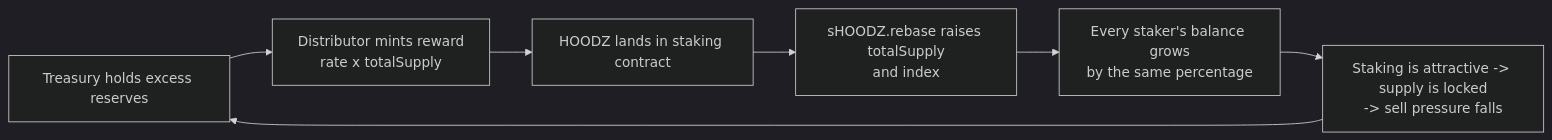
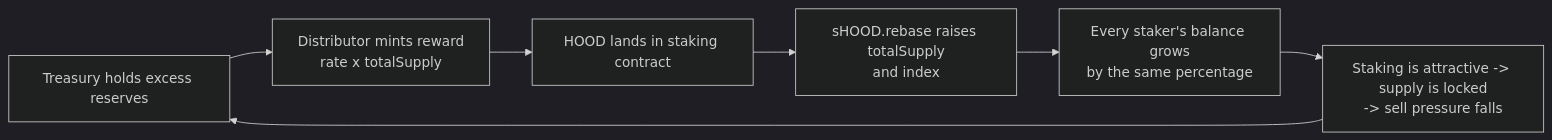
The fourth of 10 diagrams in docs/PROTOCOL.md (averageballer13/Hoodz), drawn with Mermaid (dark theme) before and after one commit. The commit also changed other lines of this file and 109 other files, not shown here.

````diff
--- a/docs/PROTOCOL.md
+++ b/docs/PROTOCOL.md
@@ -327,9 +327,9 @@
 ```mermaid
 flowchart LR
     A["Treasury holds excess reserves"] --> B["Distributor mints reward<br/>rate x totalSupply"]
-    B --> C["HOODZ lands in staking contract"]
-    C --> D["sHOODZ.rebase raises totalSupply<br/>and index"]
+    B --> C["HOOD lands in staking contract"]
+    C --> D["sHOOD.rebase raises totalSupply<br/>and index"]
     D --> E["Every staker's balance grows<br/>by the same percentage"]
     E --> F["Staking is attractive -> supply is locked<br/>-> sell pressure falls"]
     F --> A
 ```
````
